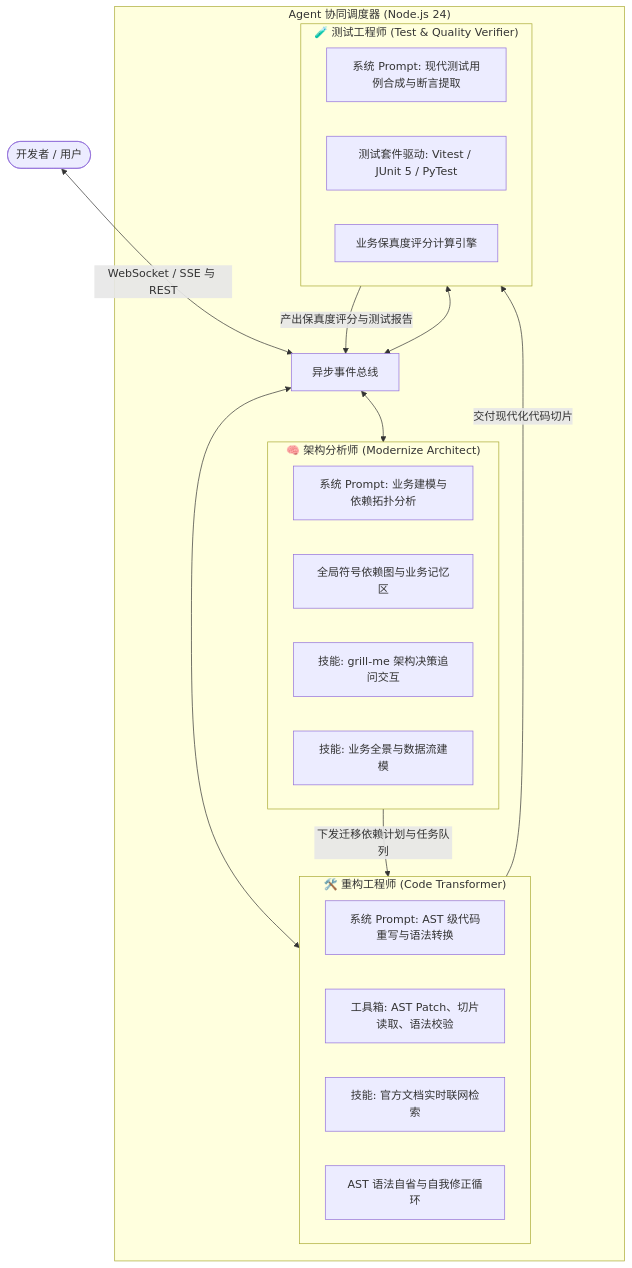
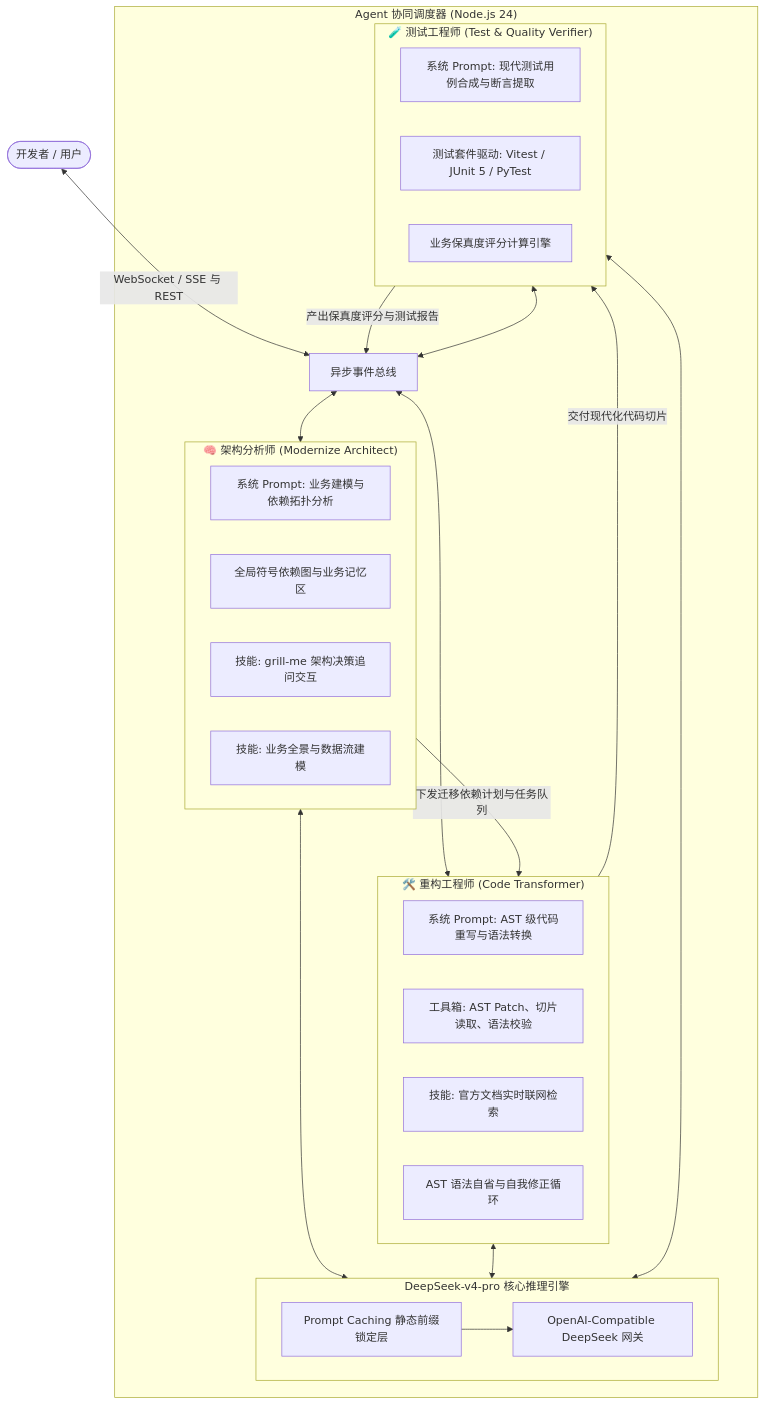
The first of 3 diagrams in docs/zh/agent-orchestration.md (SakuraCianna/LegacyCodeModernizer), drawn with Mermaid before and after one commit. The commit also changed other lines of this file and 5 other files, not shown here.

Commit message:
docs: 增补 DeepSeek-v4-pro 大模型推理参数矩阵与 Prompt Caching 前缀锁定架构

````diff
--- a/docs/zh/agent-orchestration.md
+++ b/docs/zh/agent-orchestration.md
@@ -13,37 +13,47 @@
 ```mermaid
 graph TD
     User(["开发者 / 用户"])
 
     subgraph Orchestration ["Agent 协同调度器 (Node.js 24)"]
         EventBus["异步事件总线"]
 
         subgraph ArchAgent ["🧠 架构分析师 (Modernize Architect)"]
             A_Prompt["系统 Prompt: 业务建模与依赖拓扑分析"]
             A_Memory["全局符号依赖图与业务记忆区"]
             A_Skill1["技能: grill-me 架构决策追问交互"]
             A_Skill2["技能: 业务全景与数据流建模"]
         end
 
         subgraph TransAgent ["🛠️ 重构工程师 (Code Transformer)"]
             T_Prompt["系统 Prompt: AST 级代码重写与语法转换"]
             T_Tools["工具箱: AST Patch、切片读取、语法校验"]
             T_Skill3["技能: 官方文档实时联网检索"]
             T_Reflection["AST 语法自省与自我修正循环"]
         end
 
         subgraph TestAgent ["🧪 测试工程师 (Test & Quality Verifier)"]
             Q_Prompt["系统 Prompt: 现代测试用例合成与断言提取"]
             Q_Harness["测试套件驱动: Vitest / JUnit 5 / PyTest"]
             Q_Scorer["业务保真度评分计算引擎"]
         end
+
+        subgraph LLM_Engine ["DeepSeek-v4-pro 核心推理引擎"]
+            Cache["Prompt Caching 静态前缀锁定层"]
+            Client["OpenAI-Compatible DeepSeek 网关"]
+            Cache --> Client
+        end
     end
 
     User <-->|WebSocket / SSE 与 REST| EventBus
     EventBus <--> ArchAgent
     EventBus <--> TransAgent
     EventBus <--> TestAgent
 
     ArchAgent -->|下发迁移依赖计划与任务队列| TransAgent
     TransAgent -->|交付现代化代码切片| TestAgent
     TestAgent -->|产出保真度评分与测试报告| EventBus
+
+    ArchAgent <--> LLM_Engine
+    TransAgent <--> LLM_Engine
+    TestAgent <--> LLM_Engine
 ```
````
